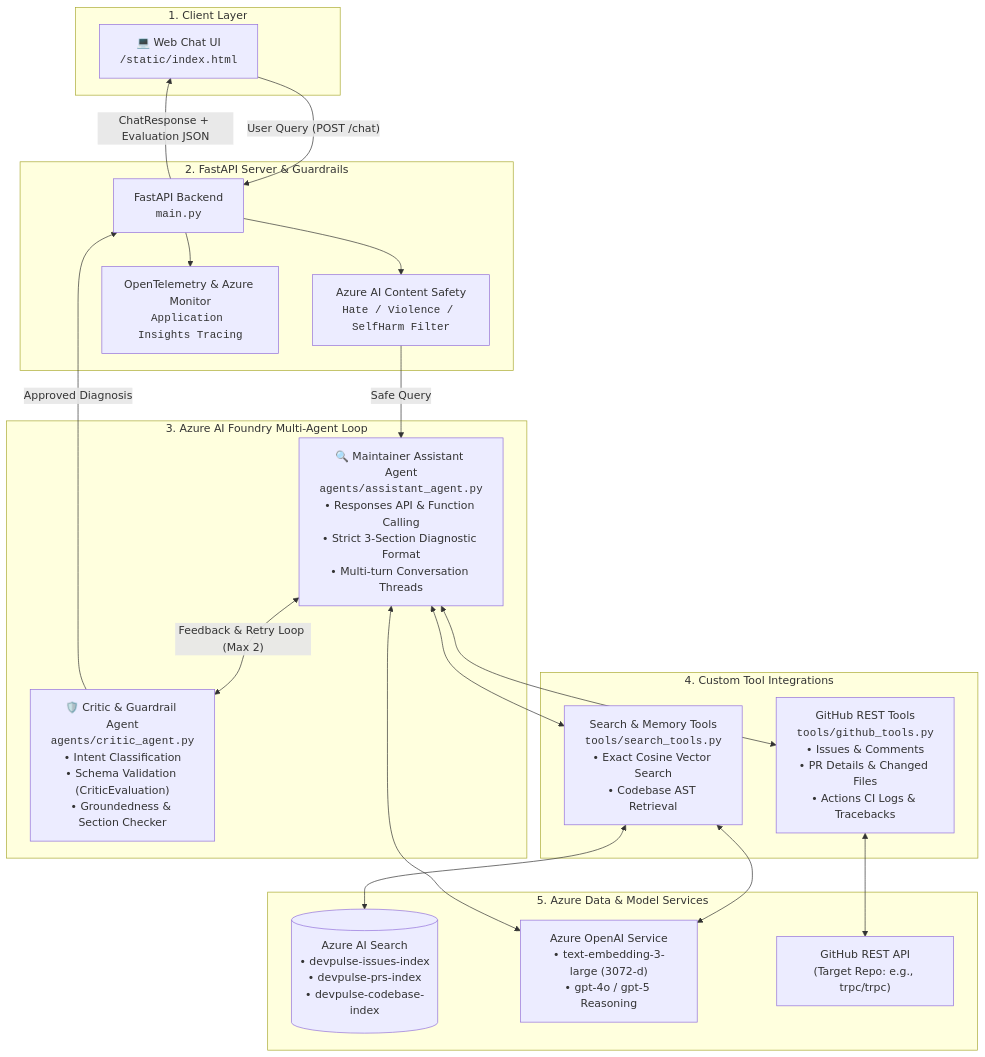
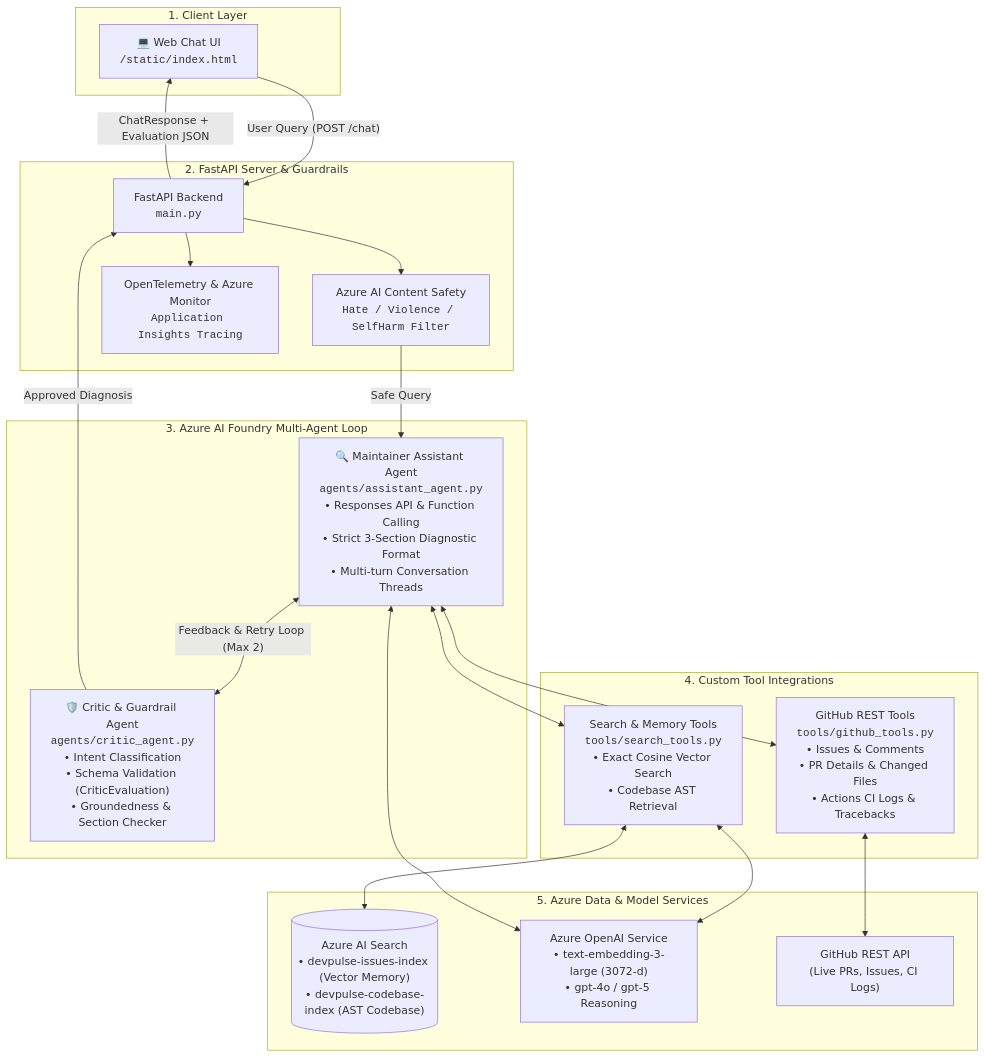
One commit to Saifali111/AI-Repo-Intelligence-Agent-Azure changed the diagram in README.md. Above: the diagram before and after it, drawn with Mermaid. The commit also changed other lines of this file, not shown here.

Commit message:
docs: update Azure AI Search indexes and live PR retrieval details

````diff
--- a/README.md
+++ b/README.md
@@ -25,42 +25,42 @@
 ```mermaid
 flowchart TD
     subgraph ClientLayer ["1. Client Layer"]
         WebUI["💻 Web Chat UI<br/><code>/static/index.html</code>"]
     end
 
     subgraph ServerLayer ["2. FastAPI Server & Guardrails"]
         FastAPI["FastAPI Backend<br/><code>main.py</code>"]
         CS["Azure AI Content Safety<br/><code>Hate / Violence / SelfHarm Filter</code>"]
         OTel["OpenTelemetry & Azure Monitor<br/><code>Application Insights Tracing</code>"]
     end
 
     subgraph AgentLayer ["3. Azure AI Foundry Multi-Agent Loop"]
         Assistant["🔍 Maintainer Assistant Agent<br/><code>agents/assistant_agent.py</code><br/>• Responses API & Function Calling<br/>• Strict 3-Section Diagnostic Format<br/>• Multi-turn Conversation Threads"]
         Critic["🛡️ Critic & Guardrail Agent<br/><code>agents/critic_agent.py</code><br/>• Intent Classification<br/>• Schema Validation (CriticEvaluation)<br/>• Groundedness & Section Checker"]
         Assistant <-->|"Feedback & Retry Loop (Max 2)"| Critic
     end
 
     subgraph ToolLayer ["4. Custom Tool Integrations"]
         GHTools["GitHub REST Tools<br/><code>tools/github_tools.py</code><br/>• Issues & Comments<br/>• PR Details & Changed Files<br/>• Actions CI Logs & Tracebacks"]
         SearchTools["Search & Memory Tools<br/><code>tools/search_tools.py</code><br/>• Exact Cosine Vector Search<br/>• Codebase AST Retrieval"]
     end
 
     subgraph DataLayer ["5. Azure Data & Model Services"]
-        AISearch[("Azure AI Search<br/>• devpulse-issues-index<br/>• devpulse-prs-index<br/>• devpulse-codebase-index")]
+        AISearch[("Azure AI Search<br/>• devpulse-issues-index (Vector Memory)<br/>• devpulse-codebase-index (AST Codebase)")]
         AOAI["Azure OpenAI Service<br/>• text-embedding-3-large (3072-d)<br/>• gpt-4o / gpt-5 Reasoning"]
-        GHAPI["GitHub REST API<br/>(Target Repo: e.g., trpc/trpc)"]
+        GHAPI["GitHub REST API<br/>(Live PRs, Issues, CI Logs)"]
     end
 
     WebUI -->|"User Query (POST /chat)"| FastAPI
     FastAPI --> OTel
     FastAPI --> CS
     CS -->|"Safe Query"| Assistant
     Assistant <--> GHTools
     Assistant <--> SearchTools
     GHTools <--> GHAPI
     SearchTools <--> AISearch
     SearchTools <--> AOAI
     Assistant <--> AOAI
     Critic -->|"Approved Diagnosis"| FastAPI
     FastAPI -->|"ChatResponse + Evaluation JSON"| WebUI
 ```
````
